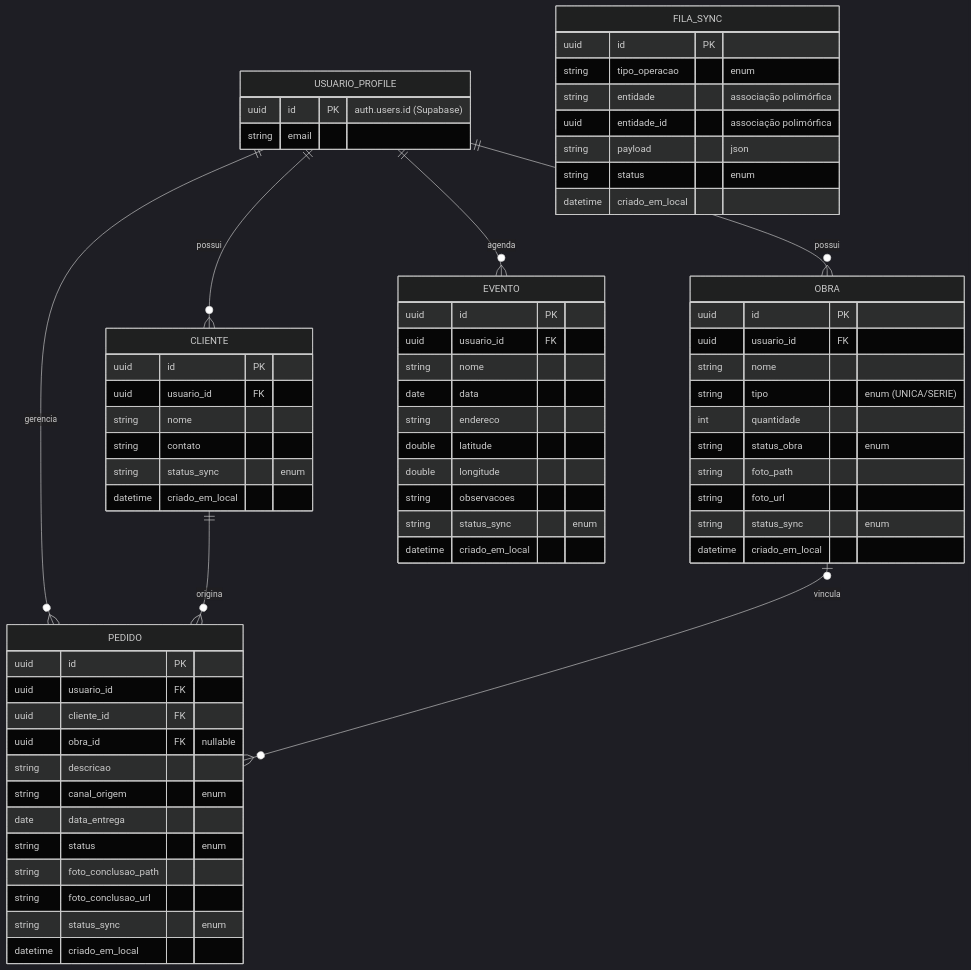
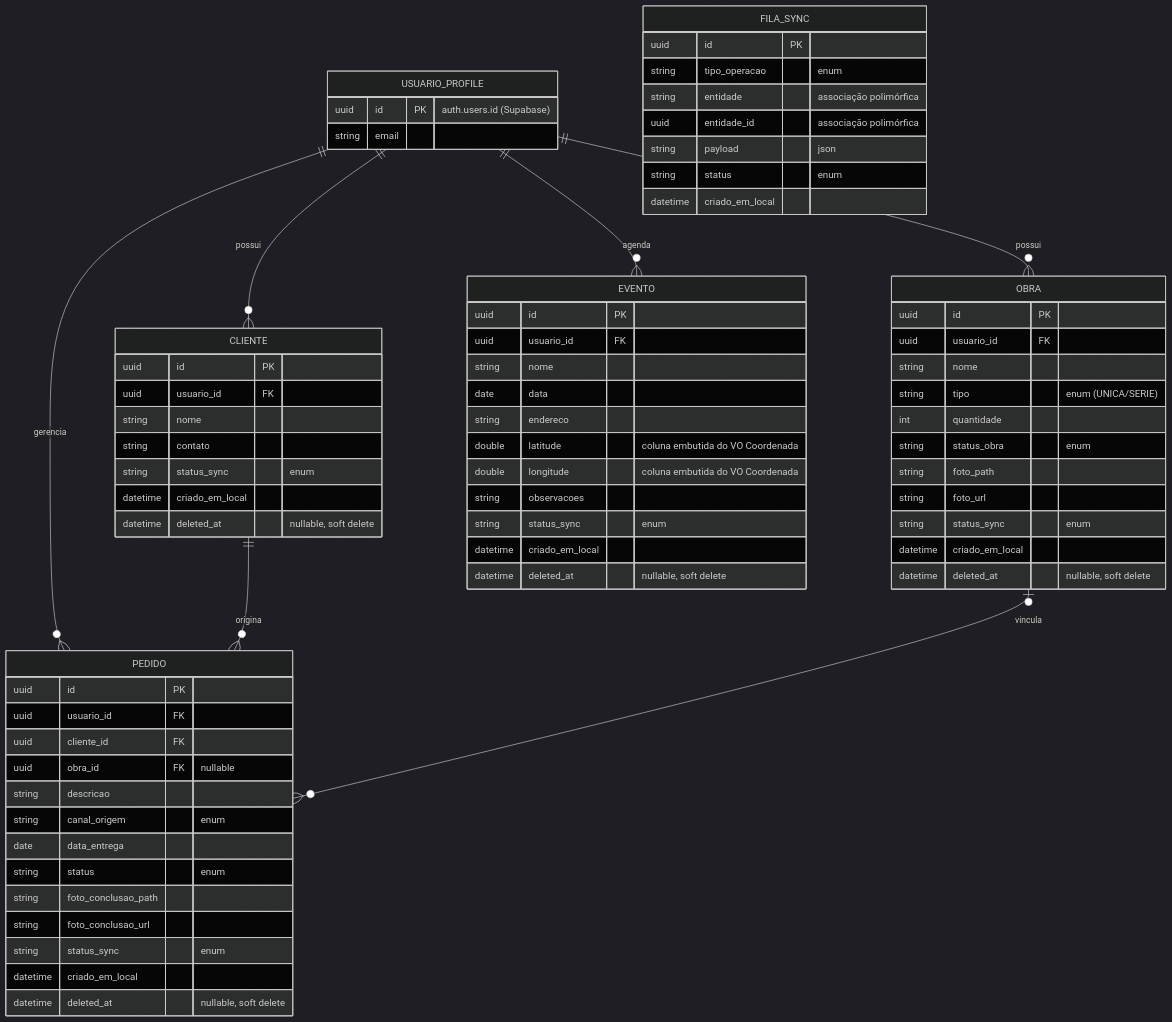
Before and after one commit to rmofilh/ate: the third of 14 diagrams in docs/ate-fase2.md, drawn with Mermaid (dark theme). The commit also changed other lines of this file and 13 other files, not shown here.

````diff
--- a/docs/ate-fase2.md
+++ b/docs/ate-fase2.md
@@ -608,75 +627,79 @@
 ```mermaid
 erDiagram
     USUARIO_PROFILE ||--o{ CLIENTE : possui
     USUARIO_PROFILE ||--o{ PEDIDO : gerencia
     USUARIO_PROFILE ||--o{ OBRA : possui
     USUARIO_PROFILE ||--o{ EVENTO : agenda
     
     CLIENTE ||--o{ PEDIDO : origina
     OBRA |o--o{ PEDIDO : vincula
 
     USUARIO_PROFILE {
         uuid id PK "auth.users.id (Supabase)"
         string email
     }
     
     CLIENTE {
         uuid id PK
         uuid usuario_id FK
         string nome
         string contato
         string status_sync "enum"
         datetime criado_em_local
+        datetime deleted_at "nullable, soft delete"
     }
     
     PEDIDO {
         uuid id PK
         uuid usuario_id FK
         uuid cliente_id FK
         uuid obra_id FK "nullable"
         string descricao
         string canal_origem "enum"
         date data_entrega
         string status "enum"
         string foto_conclusao_path
         string foto_conclusao_url
         string status_sync "enum"
         datetime criado_em_local
+        datetime deleted_at "nullable, soft delete"
     }
     
     OBRA {
         uuid id PK
         uuid usuario_id FK
         string nome
         string tipo "enum (UNICA/SERIE)"
         int quantidade
         string status_obra "enum"
         string foto_path
         string foto_url
         string status_sync "enum"
         datetime criado_em_local
+        datetime deleted_at "nullable, soft delete"
     }
     
     EVENTO {
         uuid id PK
         uuid usuario_id FK
         string nome
         date data
         string endereco
-        double latitude
-        double longitude
+        double latitude "coluna embutida do VO Coordenada"
+        double longitude "coluna embutida do VO Coordenada"
         string observacoes
         string status_sync "enum"
         datetime criado_em_local
+        datetime deleted_at "nullable, soft delete"
     }
     
     FILA_SYNC {
         uuid id PK
         string tipo_operacao "enum"
         string entidade "associação polimórfica"
         uuid entidade_id "associação polimórfica"
         string payload "json"
         string status "enum"
         datetime criado_em_local
     }
 ```
````
